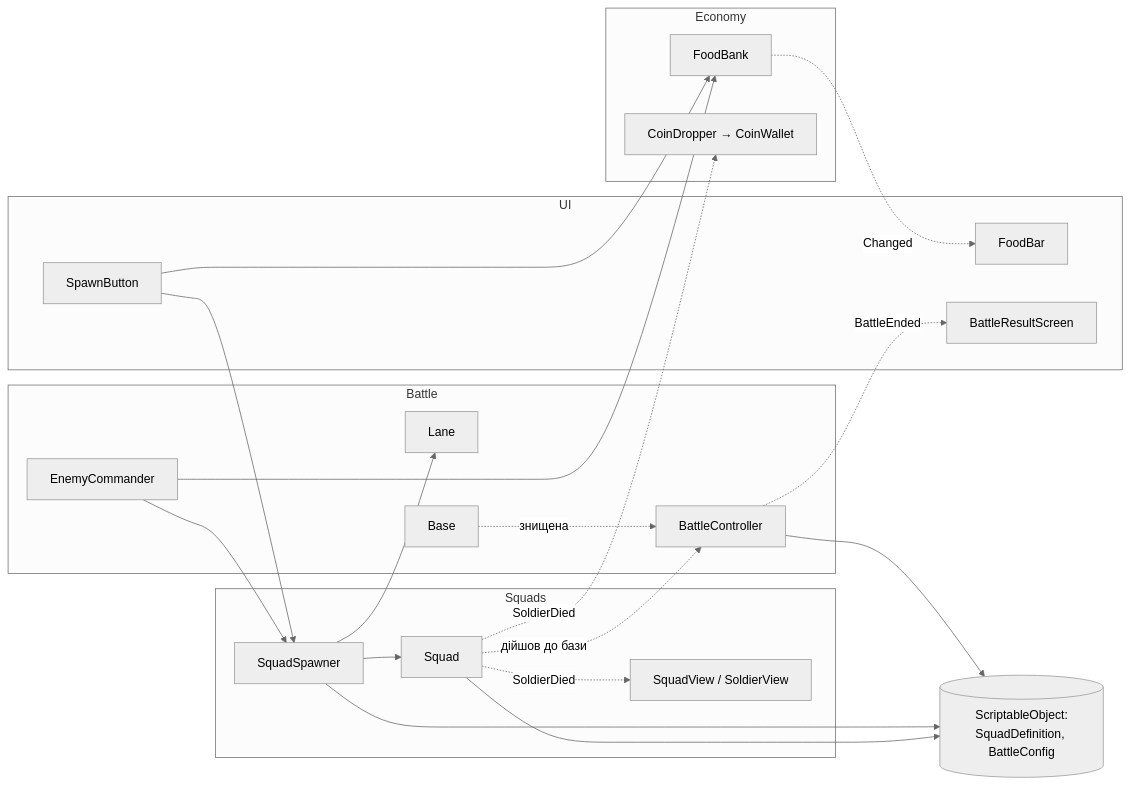
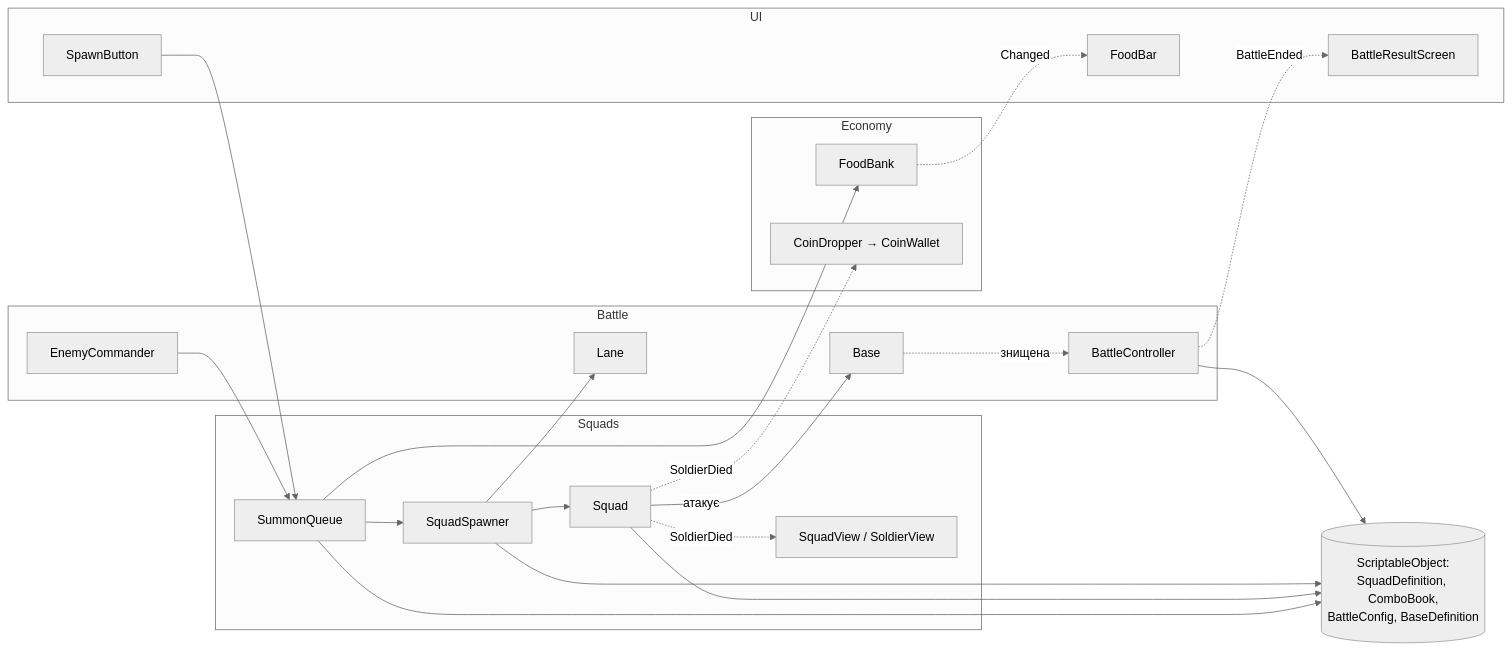
Before and after one commit to vldshpn-rgb/TugOfWar2: the diagram in Docs/Architecture.md, drawn with Mermaid (neutral theme). The commit also changed other lines of this file and 3 other files, not shown here.

First line of the commit message:
Docs: lane combat, summon combos, damage/armor, top-down screen, base

````diff
--- a/Docs/Architecture.md
+++ b/Docs/Architecture.md
@@ -114,40 +149,42 @@
 ```mermaid
 flowchart LR
   subgraph UI
     SpawnButton
     FoodBar
     ResultScreen[BattleResultScreen]
   end
   subgraph Battle
     BC[BattleController]
     Lane
     Base
     AI[EnemyCommander]
   end
   subgraph Squads
+    Queue[SummonQueue]
     Spawner[SquadSpawner]
     Squad
     View[SquadView / SoldierView]
   end
   subgraph Economy
     Food[FoodBank]
     Coins[CoinDropper → CoinWallet]
   end
-  Data[(ScriptableObject:<br/>SquadDefinition, BattleConfig)]
+  Data[(ScriptableObject:<br/>SquadDefinition, ComboBook,<br/>BattleConfig, BaseDefinition)]
 
-  SpawnButton --> Food
-  SpawnButton --> Spawner
-  AI --> Food
-  AI --> Spawner
+  SpawnButton --> Queue
+  AI --> Queue
+  Queue --> Food
+  Queue --> Spawner
+  Queue --> Data
   Spawner --> Lane
   Spawner --> Squad
   Squad --> Data
   Spawner --> Data
   BC --> Data
   Squad -. SoldierDied .-> View
   Squad -. SoldierDied .-> Coins
-  Squad -. дійшов до бази .-> BC
+  Squad -->|атакує| Base
   Food -. Changed .-> FoodBar
   BC -. BattleEnded .-> ResultScreen
   Base -. знищена .-> BC
 ```
````
